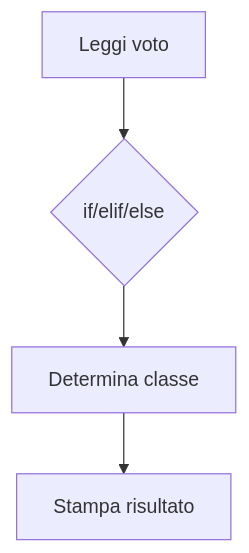
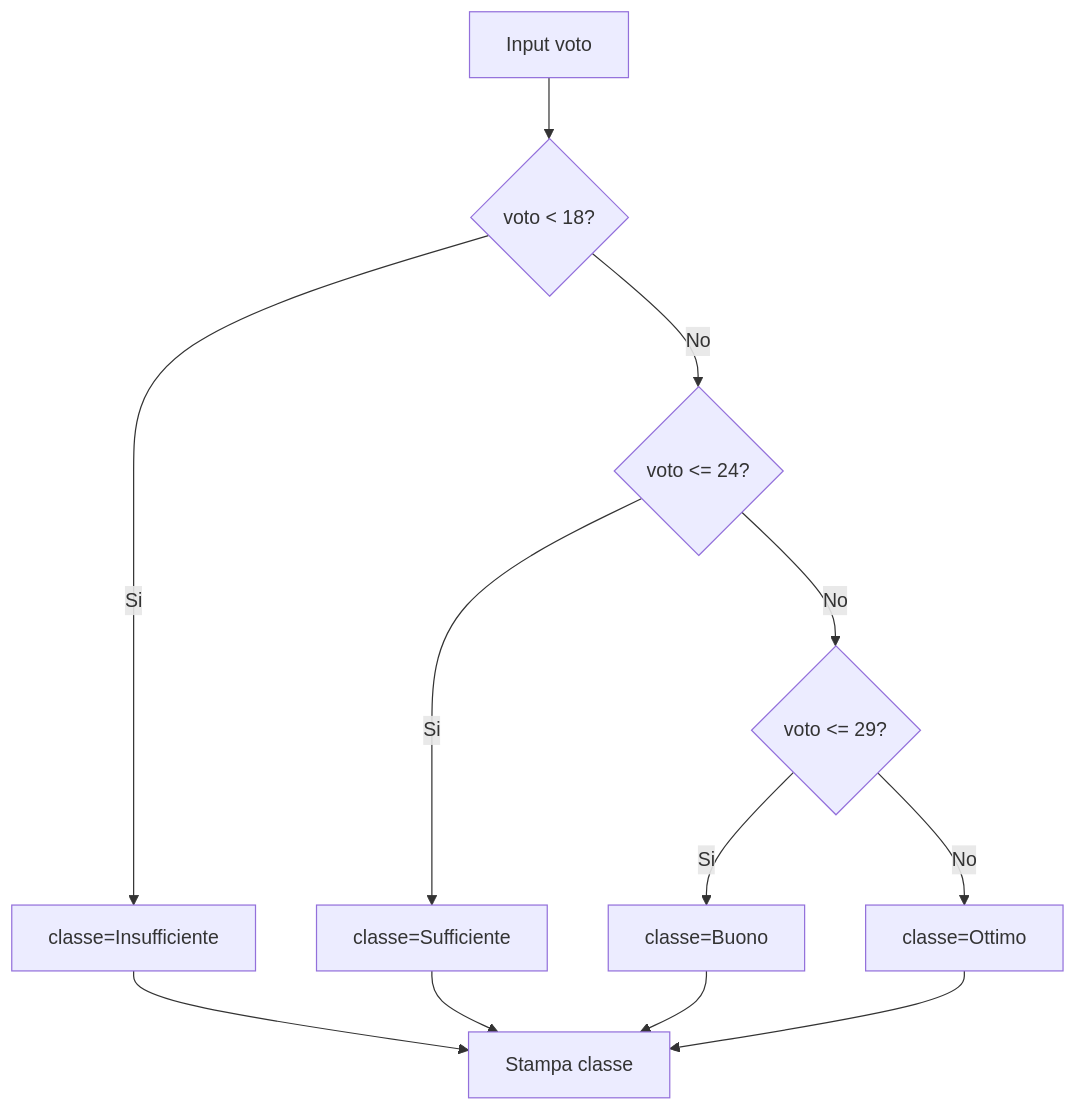
Before and after one commit to lucadagati/Lab_Fondamenti_di_Informatica_25_26: the second of 20 diagrams in 04-python-jupyter-analisi-biomedica/README.md, drawn with Mermaid. The commit also changed other lines of this file, not shown here.

First line of the commit message:
README Lab 4: aggiunge testo esercizi e flow più espliciti

````diff
--- a/04-python-jupyter-analisi-biomedica/README.md
+++ b/04-python-jupyter-analisi-biomedica/README.md
@@ -83,6 +87,14 @@
 ```mermaid
 flowchart TD
-    A[Leggi voto] --> B{if/elif/else}
-    B --> C[Determina classe]
-    C --> D[Stampa risultato]
+    A[Input voto] --> B{voto < 18?}
+    B -- Si --> C[classe=Insufficiente]
+    B -- No --> D{voto <= 24?}
+    D -- Si --> E[classe=Sufficiente]
+    D -- No --> F{voto <= 29?}
+    F -- Si --> G[classe=Buono]
+    F -- No --> H[classe=Ottimo]
+    C --> I[Stampa classe]
+    E --> I
+    G --> I
+    H --> I
 ```
````
